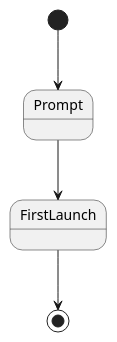
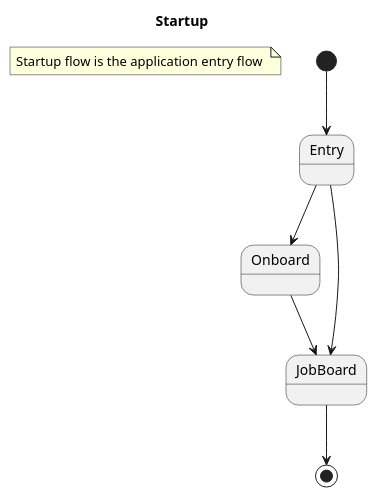
The diagram in RemoteBeesFlow/flow/src/main/flows/Startup.puml (k10dev/RemoteBees), drawn with PlantUML before and after one commit. The commit also changed 12 other files, not shown here.

Commit message:
Add initial set of flows.

```diff
--- a/RemoteBeesFlow/flow/src/main/flows/Startup.puml
+++ b/RemoteBeesFlow/flow/src/main/flows/Startup.puml
@@ -1,9 +1,15 @@
-@startuml
+@startuml Startup
 
-[*] --> Prompt
+title Startup
+note "Startup flow is the application entry flow " as N1
 
-Prompt --> FirstLaunch
+[*] --> Entry
 
-FirstLaunch --> [*]
+Entry --> Onboard
+Entry --> JobBoard
+
+Onboard --> JobBoard
+
+JobBoard --> [*]
 
 @enduml
```
